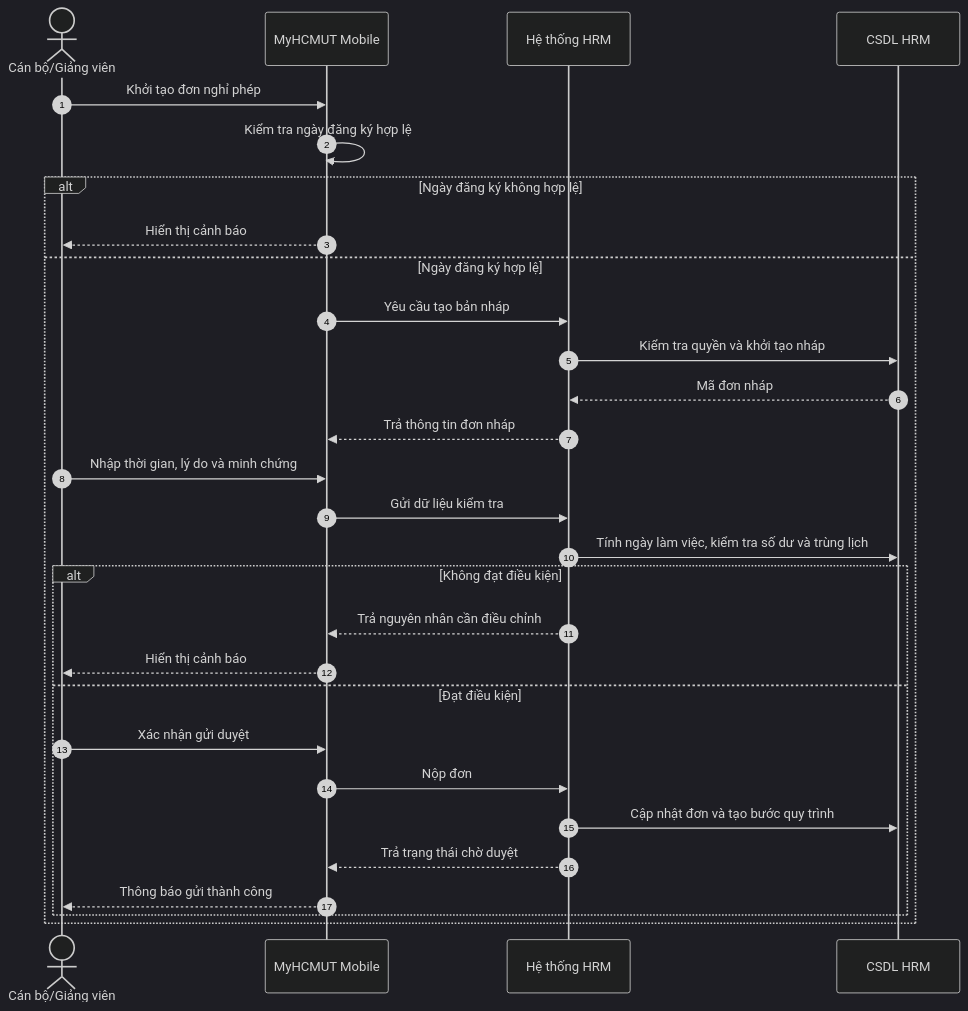
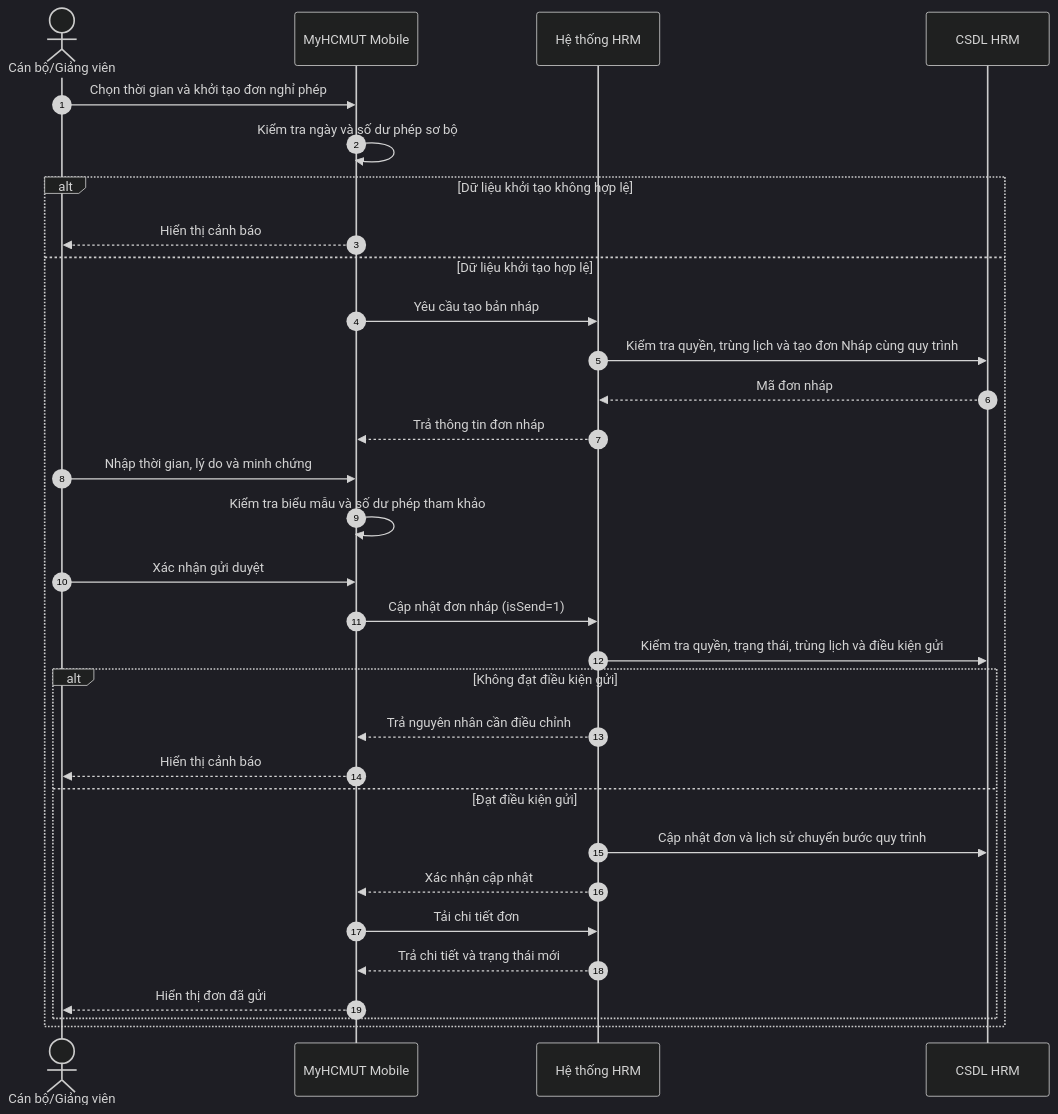
One commit to xchinh/Report-DATN changed the diagram in image/uml/seq_leave_submit.mmd. Above: the diagram before and after it, drawn with Mermaid (dark theme). The commit also changed 2 other files, not shown here.

Commit message:
docs(chapter4): align leave workflow boundaries and update submission sequence diagram

```diff
--- a/image/uml/seq_leave_submit.mmd
+++ b/image/uml/seq_leave_submit.mmd
@@ -1,30 +1,32 @@
 sequenceDiagram
     autonumber
     actor User as Cán bộ/Giảng viên
     participant App as MyHCMUT Mobile
     participant HRM as Hệ thống HRM
     participant DB as CSDL HRM
 
-    User->>App: Khởi tạo đơn nghỉ phép
-    App->>App: Kiểm tra ngày đăng ký hợp lệ
-    alt Ngày đăng ký không hợp lệ
+    User->>App: Chọn thời gian và khởi tạo đơn nghỉ phép
+    App->>App: Kiểm tra ngày và số dư phép sơ bộ
+    alt Dữ liệu khởi tạo không hợp lệ
         App-->>User: Hiển thị cảnh báo
-    else Ngày đăng ký hợp lệ
+    else Dữ liệu khởi tạo hợp lệ
         App->>HRM: Yêu cầu tạo bản nháp
-        HRM->>DB: Kiểm tra quyền và khởi tạo nháp
+        HRM->>DB: Kiểm tra quyền, trùng lịch và tạo đơn Nháp cùng quy trình
         DB-->>HRM: Mã đơn nháp
         HRM-->>App: Trả thông tin đơn nháp
         User->>App: Nhập thời gian, lý do và minh chứng
-        App->>HRM: Gửi dữ liệu kiểm tra
-        HRM->>DB: Tính ngày làm việc, kiểm tra số dư và trùng lịch
-        alt Không đạt điều kiện
+        App->>App: Kiểm tra biểu mẫu và số dư phép tham khảo
+        User->>App: Xác nhận gửi duyệt
+        App->>HRM: Cập nhật đơn nháp (isSend=1)
+        HRM->>DB: Kiểm tra quyền, trạng thái, trùng lịch và điều kiện gửi
+        alt Không đạt điều kiện gửi
             HRM-->>App: Trả nguyên nhân cần điều chỉnh
             App-->>User: Hiển thị cảnh báo
-        else Đạt điều kiện
-        User->>App: Xác nhận gửi duyệt
-        App->>HRM: Nộp đơn
-        HRM->>DB: Cập nhật đơn và tạo bước quy trình
-        HRM-->>App: Trả trạng thái chờ duyệt
-        App-->>User: Thông báo gửi thành công
+        else Đạt điều kiện gửi
+            HRM->>DB: Cập nhật đơn và lịch sử chuyển bước quy trình
+            HRM-->>App: Xác nhận cập nhật
+            App->>HRM: Tải chi tiết đơn
+            HRM-->>App: Trả chi tiết và trạng thái mới
+            App-->>User: Hiển thị đơn đã gửi
         end
     end
```
